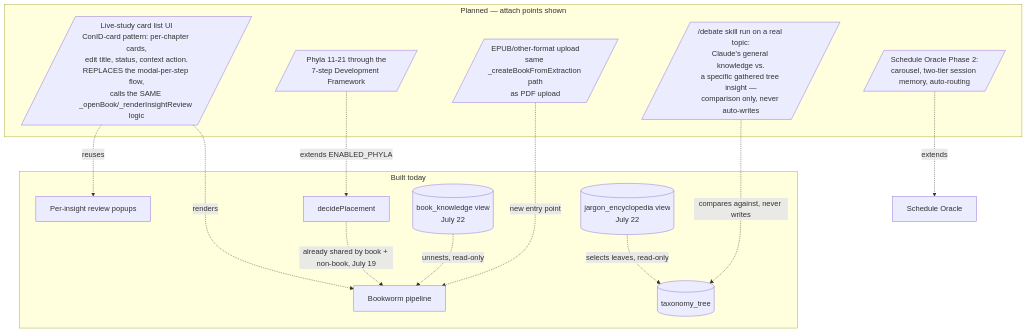
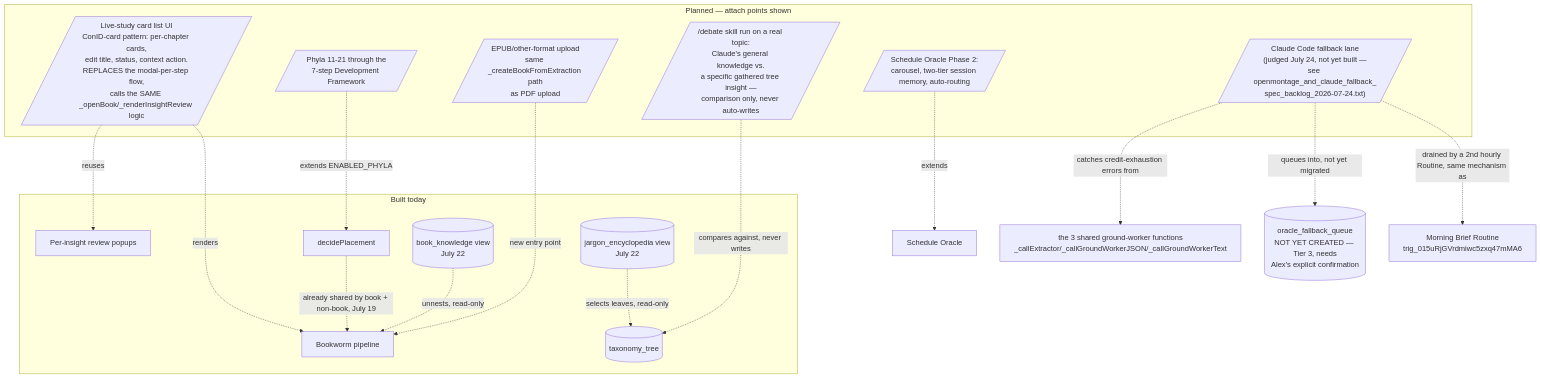
The ninth of 10 diagrams in system_flow_map.md (acesanyabeats-web/RPGACE), drawn with Mermaid before and after one commit. The commit also changed other lines of this file and 4 other files, not shown here.

First line of the commit message:
Minotaur Map: draw the Claude-fallback plan before building it

````diff
--- a/system_flow_map.md
+++ b/system_flow_map.md
@@ -278,29 +278,33 @@
 ```mermaid
 flowchart TD
     subgraph BUILT[Built today]
         BWPIPE[Bookworm pipeline]
         RVW[Per-insight review popups]
         TREE[(taxonomy_tree)]
         DP[decidePlacement]
         BK[(book_knowledge view<br/>July 22)]
         JE[(jargon_encyclopedia view<br/>July 22)]
     end
 
     subgraph PLANNED[Planned — attach points shown]
         CARDS[/"Live-study card list UI<br/>ConID-card pattern: per-chapter cards,<br/>edit title, status, context action.<br/>REPLACES the modal-per-step flow,<br/>calls the SAME _openBook/_renderInsightReview logic"/]
         DEBATE[/"/debate skill run on a real topic:<br/>Claude's general knowledge vs.<br/>a specific gathered tree insight —<br/>comparison only, never auto-writes"/]
         F12[/"Schedule Oracle Phase 2:<br/>carousel, two-tier session memory, auto-routing"/]
         PHYLA11[/"Phyla 11-21 through the<br/>7-step Development Framework"/]
         EPUB[/"EPUB/other-format upload<br/>same _createBookFromExtraction path<br/>as PDF upload"/]
+        FALLBACK[/"Claude Code fallback lane<br/>(judged July 24, not yet built —<br/>see openmontage_and_claude_fallback_<br/>spec_backlog_2026-07-24.txt)"/]
     end
 
     CARDS -.->|renders| BWPIPE
     CARDS -.->|reuses| RVW
     DP -.->|already shared by book + non-book, July 19| BWPIPE
     BK -.->|unnests, read-only| BWPIPE
     JE -.->|selects leaves, read-only| TREE
     DEBATE -.->|compares against, never writes| TREE
     PHYLA11 -.->|extends ENABLED_PHYLA| DP
     EPUB -.->|new entry point| BWPIPE
     F12 -.->|extends| SO2[Schedule Oracle]
+    FALLBACK -.->|catches credit-exhaustion errors from| GW[the 3 shared ground-worker functions<br/>_callExtractor/_callGroundWorkerJSON/_callGroundWorkerText]
+    FALLBACK -.->|queues into, not yet migrated| FBQ[(oracle_fallback_queue<br/>NOT YET CREATED — Tier 3, needs<br/>Alex's explicit confirmation)]
+    FALLBACK -.->|drained by a 2nd hourly Routine, same mechanism as| MB[Morning Brief Routine<br/>trig_015uRjGVrdmiwc5zxq47mMA6]
 ```
````
